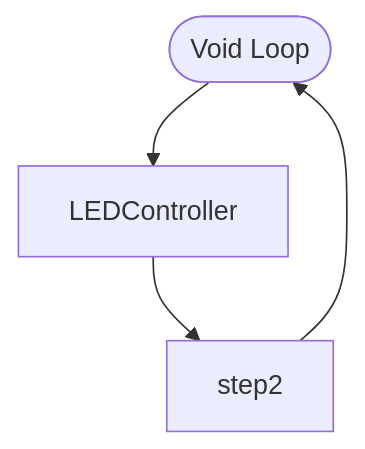
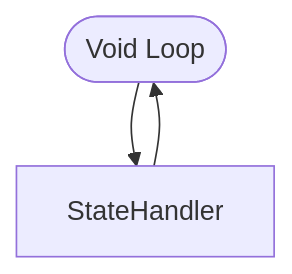
Before and after one commit to TheDjgamerProductions/Robotics2022: the second of 5 diagrams in Assessments/Assessment_2_Smart_Device_House/Logic.md, drawn with Mermaid. The commit also changed other lines of this file, not shown here.

````diff
--- a/Assessments/Assessment_2_Smart_Device_House/Logic.md
+++ b/Assessments/Assessment_2_Smart_Device_House/Logic.md
@@ -21,7 +33,6 @@
 ```mermaid
   flowchart TD
     terminalStart([Void Loop])
-    step1[LEDController]
-    step2[step2]
-    terminalStart --> step1 --> step2 --> terminalStart
+    step1[StateHandler]
+    terminalStart --> step1 --> terminalStart
 ```
````
